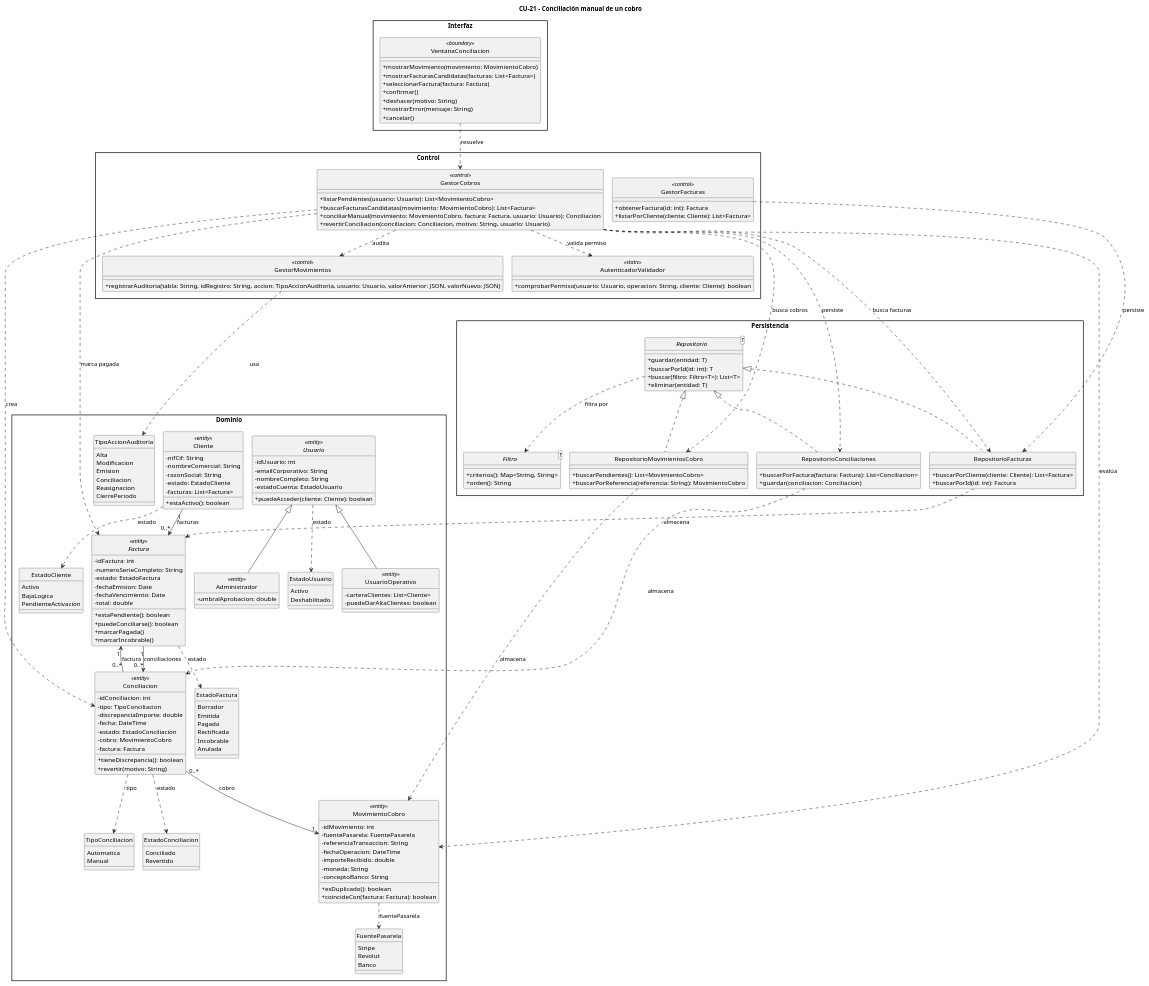
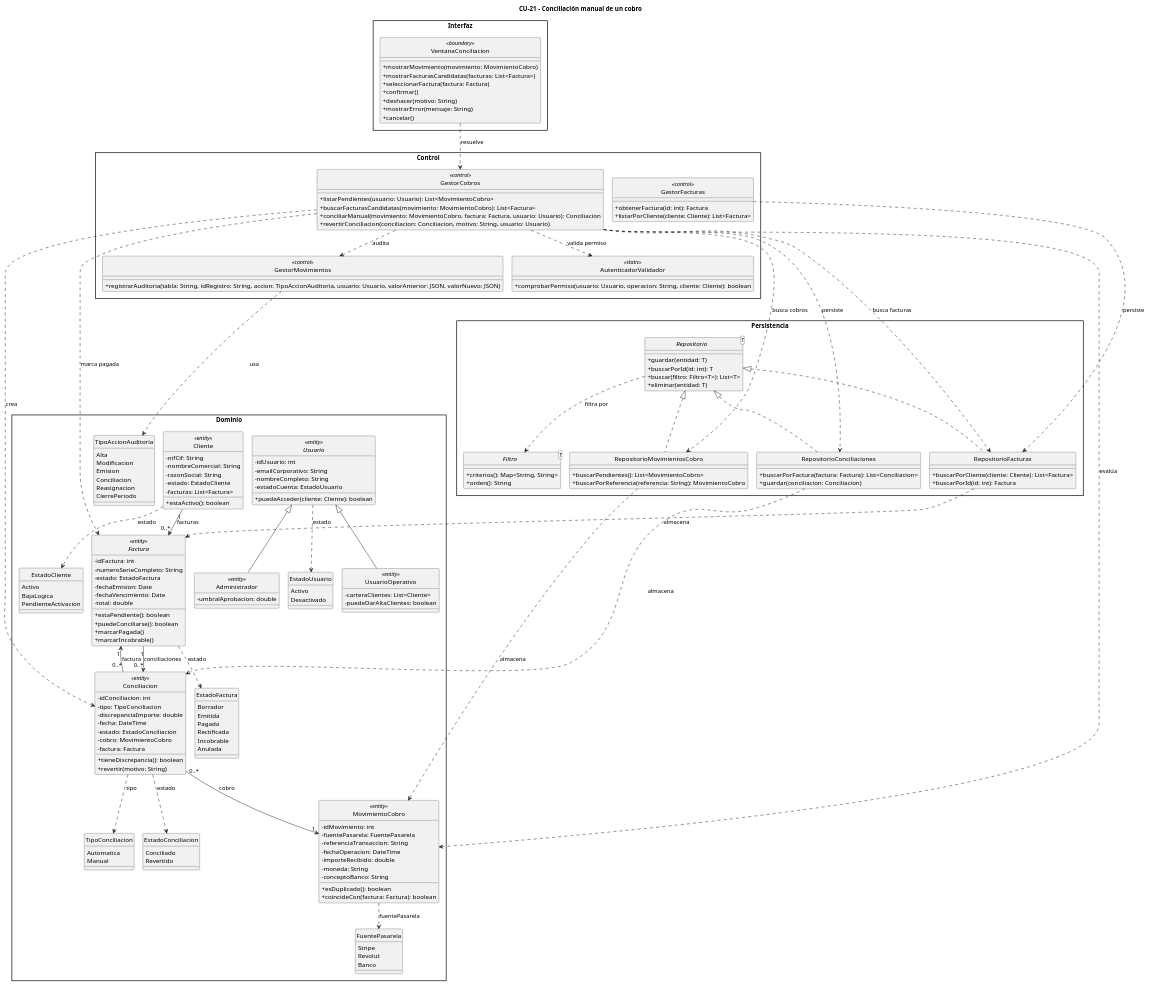
The diagram in doc/src/CU-21.puml (Vertossse/Elefantes), drawn with PlantUML before and after one commit. The commit also changed 18 other files, not shown here.

First line of the commit message:
Alinea EstadoUsuario a Desactivado y anade PDF de arquitectura y diagramas

```diff
--- a/doc/src/CU-21.puml
+++ b/doc/src/CU-21.puml
@@ -137,7 +137,7 @@
 
   enum EstadoUsuario {
     Activo
-    Deshabilitado
+    Desactivado
   }
 
   enum TipoAccionAuditoria {
```
